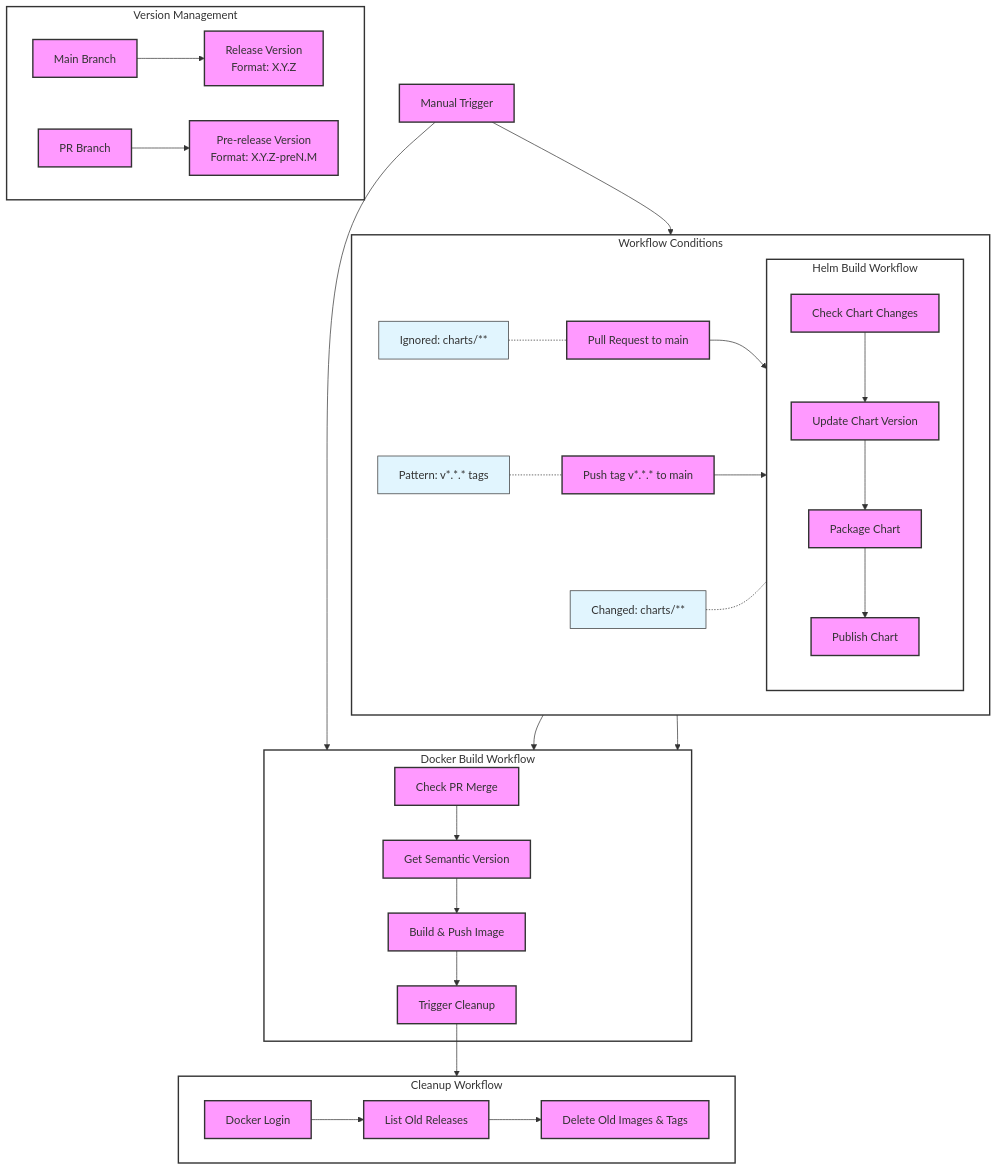
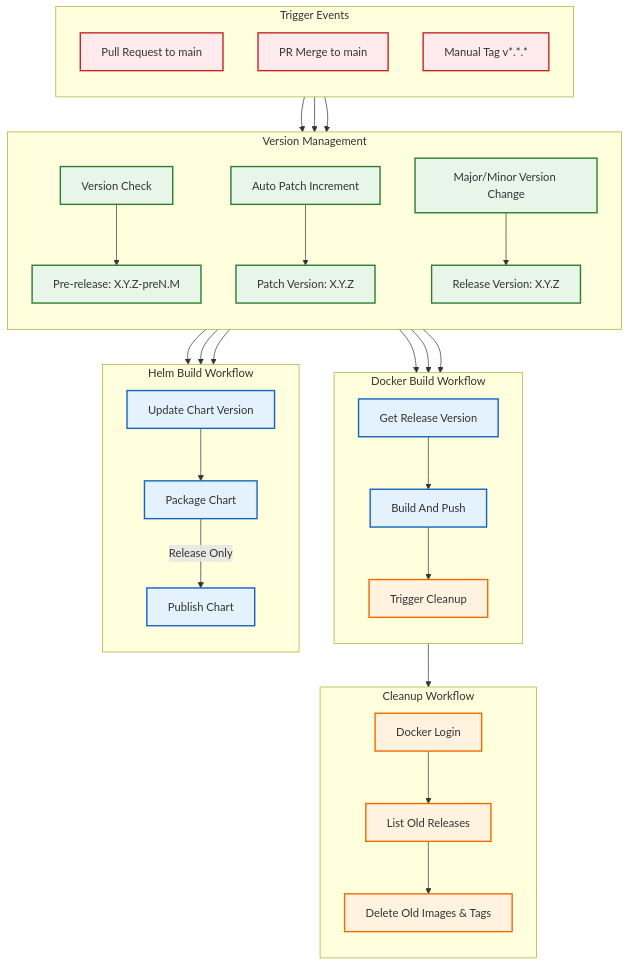
The diagram in docs/workflow.md (nqerz/mutating-registry-webhook), drawn with Mermaid before and after one commit. The commit also changed other lines of this file and 2 other files, not shown here.

Commit message:
docs: add flow diagram

````diff
--- a/docs/workflow.md
+++ b/docs/workflow.md
@@ -3,56 +3,65 @@
 ```mermaid
 graph TD
+    %% Define styles
+    classDef triggerStyle fill:#ffebee,stroke:#c62828,stroke-width:2px;
+    classDef versionStyle fill:#e8f5e9,stroke:#2e7d32,stroke-width:2px;
+    classDef buildStyle fill:#e3f2fd,stroke:#1565c0,stroke-width:2px;
+    classDef cleanupStyle fill:#fff3e0,stroke:#ef6c00,stroke-width:2px;
+    classDef conditionStyle fill:#f3e5f5,stroke:#6a1b9a,stroke-width:1px;
+
     %% Trigger Events
-    PR[Pull Request to main] --> DockerBuild[Docker Build]
-    PR --> HelmBuild[Helm Build]
-    Tag[Push tag v*.*.* to main] --> DockerBuild
-    Tag --> HelmBuild
-    Manual[Manual Trigger] --> DockerBuild
-    Manual --> HelmBuild
-
-    %% Docker Build Workflow
-    subgraph DockerBuild[Docker Build Workflow]
-        Check[Check PR Merge] --> Version[Get Semantic Version]
-        Version --> Build[Build & Push Image]
-        Build --> CleanupTrigger[Trigger Cleanup]
+    subgraph Triggers ["Trigger Events"]
+        direction TB
+        PR["Pull Request to main"]
+        MergePR["PR Merge to main"]
+        ManualTag["Manual Tag v*.*.*"]
     end
 
-    %% Helm Build Workflow
-    subgraph HelmBuild[Helm Build Workflow]
-        H_Check[Check Chart Changes] --> H_Version[Update Chart Version]
-        H_Version --> H_Package[Package Chart]
-        H_Package --> H_Publish[Publish Chart]
+    %% Initial Version Actions
+    PR --> VersionCheck["Version Check"]
+    MergePR --> AutoPatch["Auto Patch Increment"]
+    ManualTag --> MajorMinor["Major/Minor Version Change"]
+
+    %% Version Management Flow
+    subgraph VersionFlow["Version Management"]
+        direction TB
+        VersionCheck --> PreRelease["Pre-release: X.Y.Z-preN.M"]
+        AutoPatch --> PatchRelease["Patch Version: X.Y.Z"]
+        MajorMinor --> Release["Release Version: X.Y.Z"]
+    end
+
+    %% Build Workflows
+    PreRelease & PatchRelease & Release --> DockerBuild
+
+    subgraph DockerBuild["Docker Build Workflow"]
+        direction TB
+        Version["Get Release Version"] --> ReleaseBuild["Build And Push"]
+        ReleaseBuild --> CleanupTrigger["Trigger Cleanup"]
+    end
+
+    %% Helm Chart Flow
+    PreRelease & PatchRelease & Release -->  HelmBuild
+
+    subgraph HelmBuild["Helm Build Workflow"]
+        direction TB
+        H_Version["Update Chart Version"] --> H_Package["Package Chart"]
+        H_Package --> |"Release Only"| H_Publish["Publish Chart"]
     end
 
     %% Cleanup Workflow
-    subgraph Cleanup[Cleanup Workflow]
-        C_Login[Docker Login] --> C_List[List Old Releases]
-        C_List --> C_Delete[Delete Old Images & Tags]
+    subgraph Cleanup["Cleanup Workflow"]
+        direction TB
+        C_Login["Docker Login"] --> C_List["List Old Releases"]
+        C_List --> C_Delete["Delete Old Images & Tags"]
     end
 
     %% Workflow Dependencies
     CleanupTrigger --> Cleanup
 
-    %% Conditions
-    subgraph Conditions[Workflow Conditions]
-        direction LR
-        PR_Cond["Ignored: charts/**"] -.- PR
-        Tag_Cond["Pattern: v*.*.* tags"] -.- Tag
-        Helm_Cond["Changed: charts/**"] -.- HelmBuild
-    end
-
-    %% Version Management
-    subgraph Versioning[Version Management]
-        direction LR
-        Main["Main Branch"] --> Release["Release Version
-Format: X.Y.Z"]
-        PR_Ver["PR Branch"] --> PreRelease["Pre-release Version
-Format: X.Y.Z-preN.M"]
-    end
-
-    classDef default fill:#f9f,stroke:#333,stroke-width:2px;
-    classDef subgraphStyle fill:#fff,stroke:#333,stroke-width:2px;
-    classDef conditionStyle fill:#e1f5fe,stroke:#333,stroke-width:1px;
-    class DockerBuild,Cleanup,Versioning,Conditions,HelmBuild subgraphStyle;
-    class PR_Cond,Tag_Cond,Helm_Cond conditionStyle;
+    %% Apply styles
+    class PR,MergePR,ManualTag triggerStyle;
+    class VersionCheck,AutoPatch,MajorMinor,PreRelease,PatchRelease,Release versionStyle;
+    class Version,CheckIfRelease,PRBuild,ReleaseBuild,H_Version,H_Package,H_Publish buildStyle;
+    class C_Login,C_List,C_Delete,CleanupTrigger cleanupStyle;
+    class PR_Cond,Tag_Cond,Manual conditionStyle;
 ```
````
